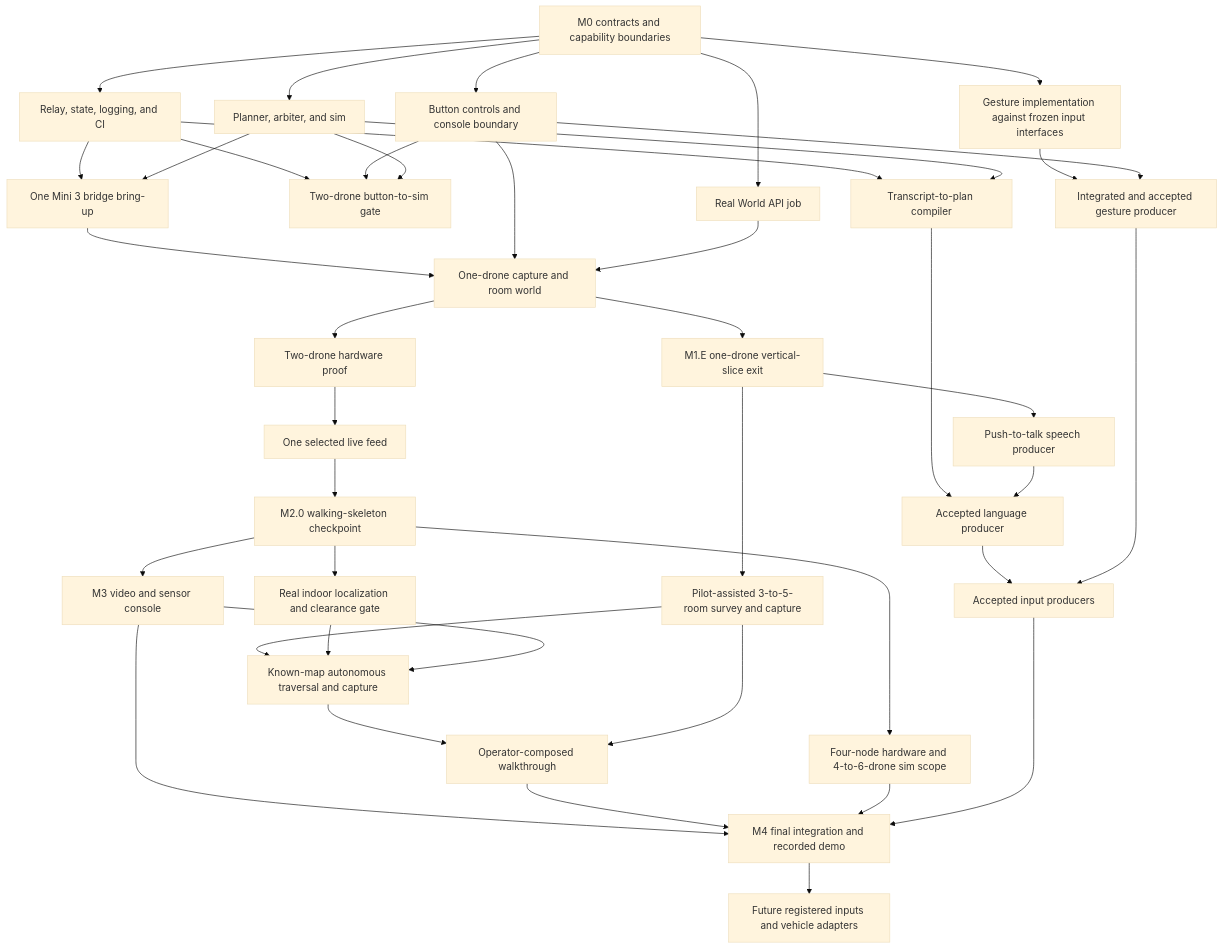
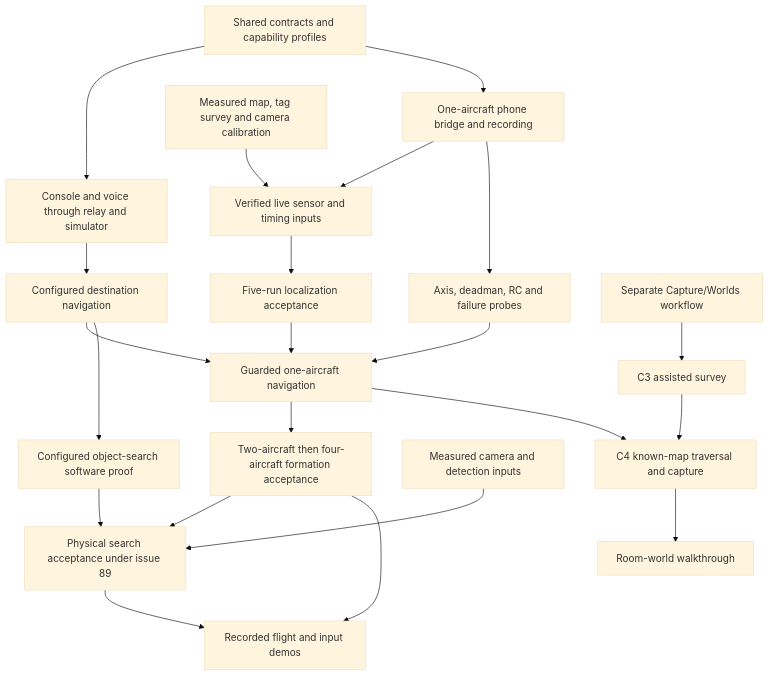
Before and after one commit to worldofhacks/sweep: the diagram in docs/mvp-plan.md, drawn with Mermaid (base theme). The commit also changed other lines of this file and 2 other files, not shown here.

Commit message:
docs: align product plans and README with current issue scope

````diff
--- a/docs/mvp-plan.md
+++ b/docs/mvp-plan.md
@@ -13,43 +38,24 @@
 ```mermaid
 flowchart TD
-    m0[M0 contracts and capability boundaries] --> relay[Relay, state, logging, and CI]
-    m0 --> worldapi[Real World API job]
-    m0 --> controls[Button controls and console boundary]
-    m0 --> autonomy[Planner, arbiter, and sim]
-    relay --> simgate[Two-drone button-to-sim gate]
-    controls --> simgate
-    autonomy --> simgate
-    relay --> bridge[One Mini 3 bridge bring-up]
-    autonomy --> bridge
-    bridge --> hw1[One-drone capture and room world]
-    controls --> hw1
-    worldapi --> hw1
-    hw1 --> m1e[M1.E one-drone vertical-slice exit]
-    m1e --> rooms[Pilot-assisted 3-to-5-room survey and capture]
-    hw1 --> hw2[Two-drone hardware proof]
-    hw2 --> feed[One selected live feed]
-    feed --> m20[M2.0 walking-skeleton checkpoint]
-    relay --> compiler[Transcript-to-plan compiler]
-    autonomy --> compiler
-    m1e --> speech[Push-to-talk speech producer]
-    compiler --> language[Accepted language producer]
-    speech --> language
-    m0 --> gesturedev[Gesture implementation against frozen input interfaces]
-    gesturedev --> gesture[Integrated and accepted gesture producer]
-    controls --> gesture
-    m20 --> scale[Four-node hardware and 4-to-6-drone sim scope]
-    m20 --> video[M3 video and sensor console]
-    m20 --> localization[Real indoor localization and clearance gate]
-    rooms --> knownmap[Known-map autonomous traversal and capture]
-    localization --> knownmap
-    video --> knownmap
-    language --> inputs[Accepted input producers]
-    gesture --> inputs
-    knownmap --> compose[Operator-composed walkthrough]
-    rooms --> compose
-    video --> release[M4 final integration and recorded demo]
-    compose --> release
-    scale --> release
-    inputs --> release
-    release --> future[Future registered inputs and vehicle adapters]
+    contracts[Shared contracts and capability profiles] --> sim[Console and voice through relay and simulator]
+    contracts --> phone[One-aircraft phone bridge and recording]
+    mapping[Measured map, tag survey and camera calibration] --> inputs[Verified live sensor and timing inputs]
+    phone --> inputs
+    inputs --> localization[Five-run localization acceptance]
+    phone --> probes[Axis, deadman, RC and failure probes]
+    sim --> navigation[Configured destination navigation]
+    localization --> flight[Guarded one-aircraft navigation]
+    probes --> flight
+    navigation --> flight
+    flight --> formations[Two-aircraft then four-aircraft formation acceptance]
+    navigation --> search[Configured object-search software proof]
+    formations --> searchfield[Physical search acceptance under issue 89]
+    search --> searchfield
+    video[Measured camera and detection inputs] --> searchfield
+    capture[Separate Capture/Worlds workflow] --> c3[C3 assisted survey]
+    c3 --> c4[C4 known-map traversal and capture]
+    flight --> c4
+    formations --> demo[Recorded flight and input demos]
+    searchfield --> demo
+    c4 --> worlds[Room-world walkthrough]
 ```
````
